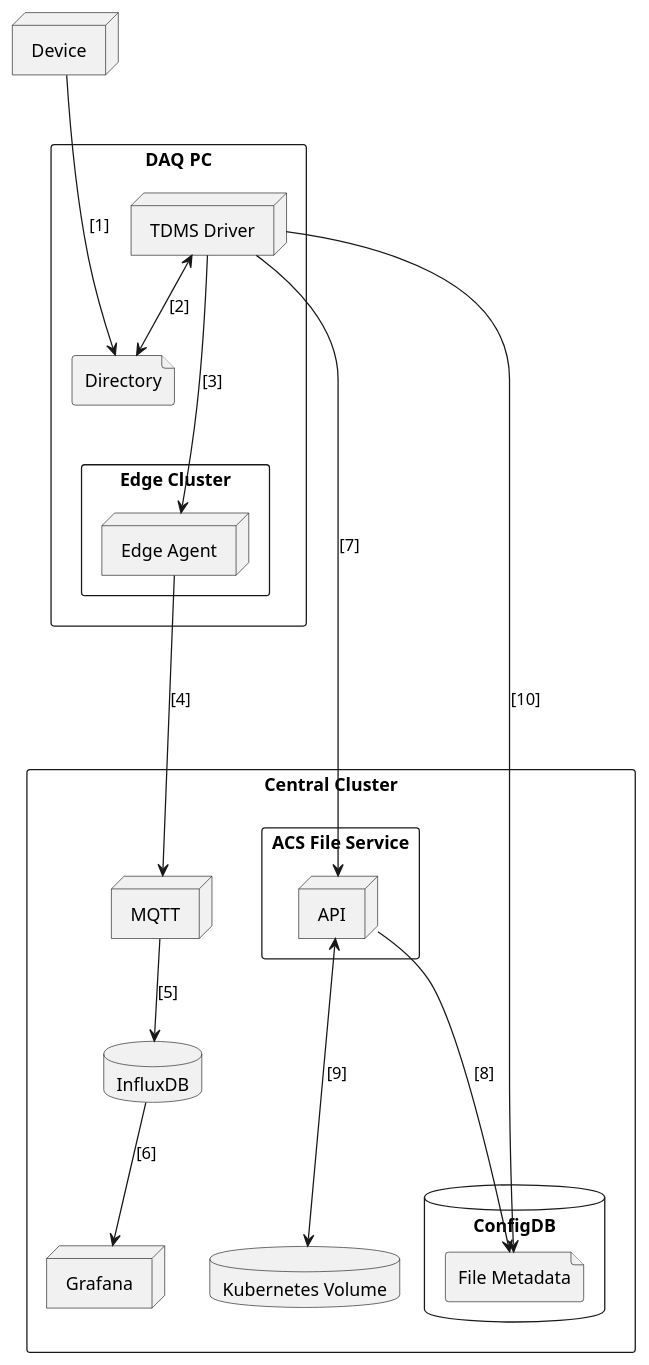
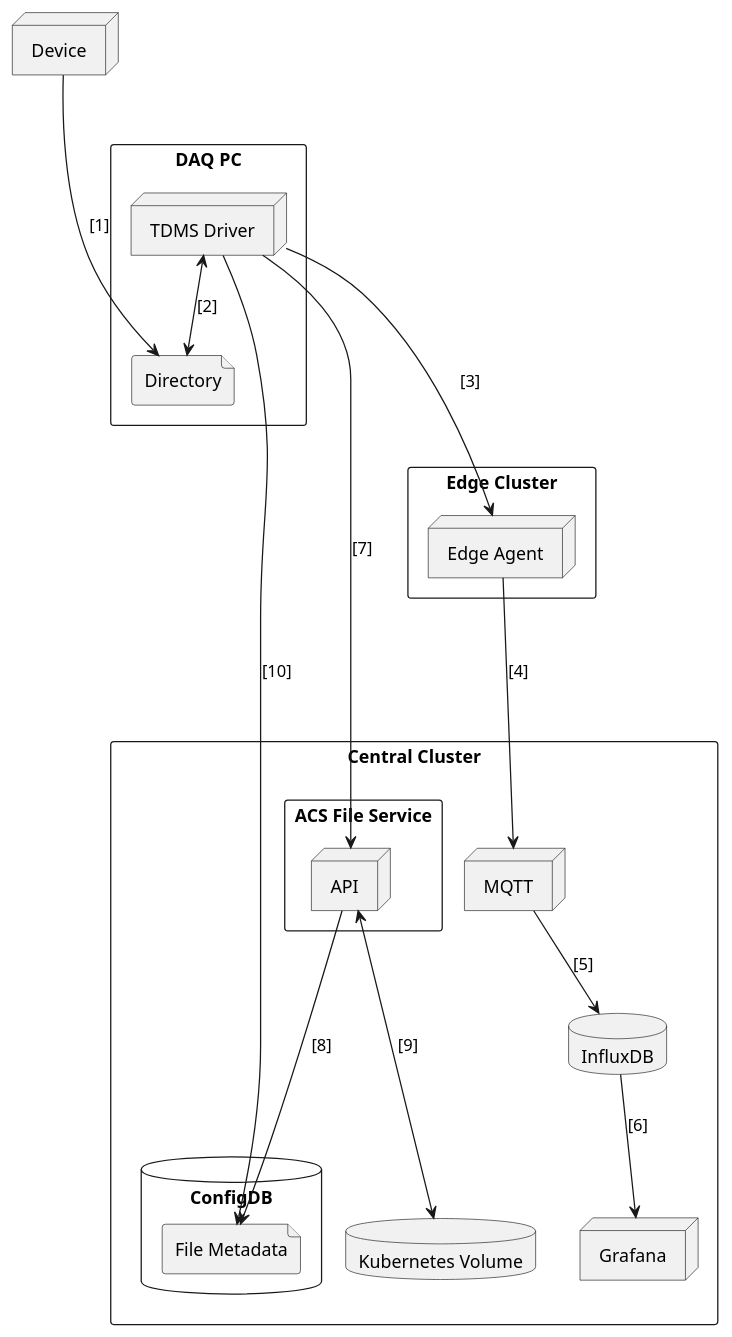
Before and after one commit to AMRC-FactoryPlus/amrc-connectivity-stack: the diagram in docs/concepts/File Service/deployment_v2.puml, drawn with PlantUML.

Commit message:
Fix edge cluster location

```diff
--- a/docs/concepts/File Service/deployment_v2.puml
+++ b/docs/concepts/File Service/deployment_v2.puml
@@ -1,53 +1,54 @@
 @startuml
 node "Device" as device
 
 together {
     rectangle "Central Cluster" {
         database "ConfigDB" as configdb {
             file "File Metadata" as metadata
         }
 
         database "InfluxDB" as influx
 
         database "Kubernetes Volume" as kvolume
 
 
         rectangle "ACS File Service" as fservice {
             node "API" as fsapi
         }
 
         node "MQTT" as mqtt
 
         node "Grafana" as grafana
 
     }
 
      rectangle "DAQ PC" {
           node "TDMS Driver" as fdriver
           file "Directory" as dir
-          rectangle "Edge Cluster" {
-              node "Edge Agent" as fagent
-          }
      }
+     
+     rectangle "Edge Cluster" {
+                   node "Edge Agent" as fagent
+               }
 }
 
 device ---> dir : [1]
 
 fdriver <--> dir : [2]
 
 fdriver ---> fagent : [3]
 
 fagent ---> mqtt: [4]
 
 mqtt --> influx: [5]
 
 influx --> grafana: [6]
 
 fdriver ---> fsapi: [7]
 
 fsapi ---> metadata: [8]
 
 fsapi <---> kvolume: [9]
 
 fdriver --> metadata: [10]
 @enduml
```
